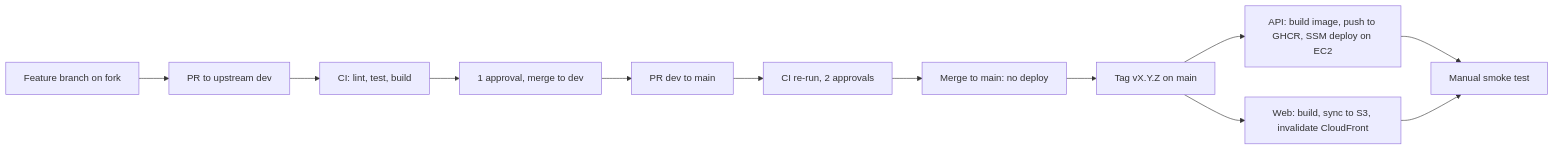
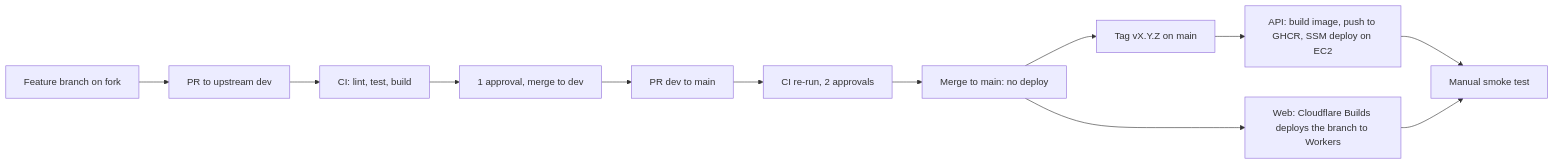
One commit to alonsovndev/open-projects-hub-docs changed the diagram in docs/03-architecture/ops/ci-cd-pipeline.md. Above: the diagram before and after it, drawn with Mermaid. The commit also changed other lines of this file and 1 other file, not shown here.

Commit message:
docs(architecture): describe the API-only host and cross-origin deployment

````diff
--- a/docs/03-architecture/ops/ci-cd-pipeline.md
+++ b/docs/03-architecture/ops/ci-cd-pipeline.md
@@ -255,14 +255,14 @@
 ```mermaid
 flowchart LR
     A[Feature branch on fork] --> B[PR to upstream dev]
     B --> C[CI: lint, test, build]
     C --> D[1 approval, merge to dev]
     D --> E[PR dev to main]
     E --> F[CI re-run, 2 approvals]
     F --> G[Merge to main: no deploy]
     G --> H[Tag vX.Y.Z on main]
     H --> I[API: build image, push to GHCR, SSM deploy on EC2]
-    H --> J[Web: build, sync to S3, invalidate CloudFront]
+    G --> J[Web: Cloudflare Builds deploys the branch to Workers]
     I --> K[Manual smoke test]
     J --> K
 ```
````
